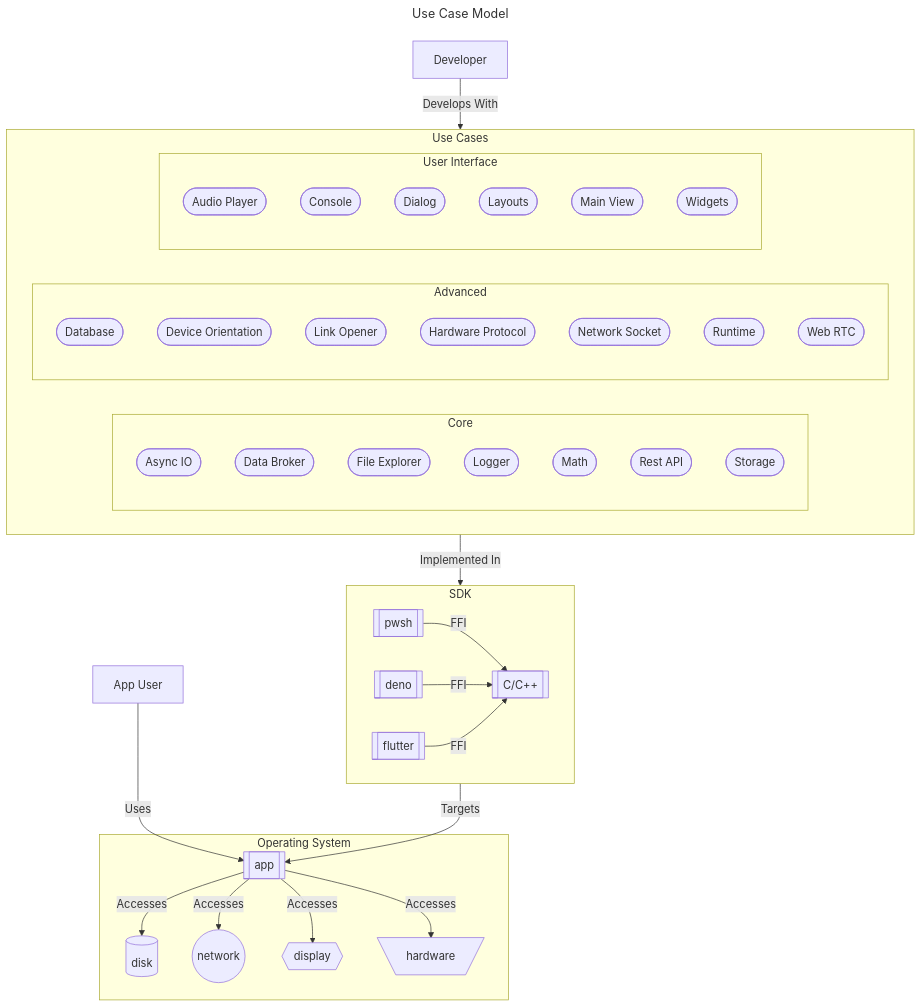
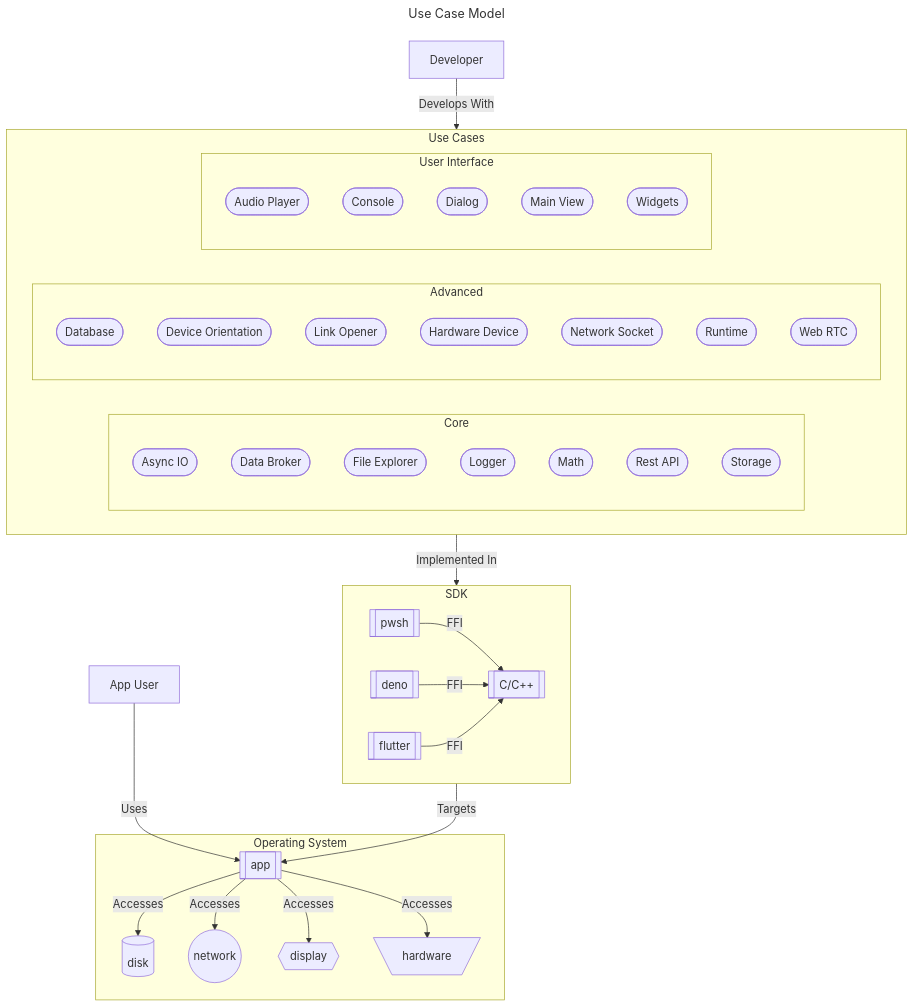
Before and after one commit to CodeMelted/codemelted_developer: the diagram in README.md, drawn with Mermaid. The commit also changed other lines of this file and 13 other files, not shown here.

````diff
--- a/README.md
+++ b/README.md
@@ -29,58 +29,57 @@
 ```mermaid
 ---
 title: Use Case Model
 ---
 flowchart TD
     subgraph ucModel[Use Cases]
         subgraph Core
             ucAsyncIO([Async IO])
             ucDataBroker([Data Broker])
             ucFileExplorer([File Explorer])
             ucLogger([Logger])
             ucMath([Math])
             ucRestAPI([Rest API])
             ucStorage([Storage])
         end
         subgraph Advanced
             ucDatabase([Database])
             ucDeviceOrientation([Device Orientation])
             ucLinkOpener([Link Opener])
-            ucHardwareProtocol([Hardware Protocol])
+            ucHardwareDevice([Hardware Device])
             ucNetworkSocket([Network Socket])
             ucRuntime([Runtime])
             ucWebRTC([Web RTC])
         end
         subgraph User Interface
             ucAudio([Audio Player])
             ucConsole([Console])
             ucDialog([Dialog])
-            ucLayouts([Layouts])
             ucMainView([Main View])
             ucWidgets([Widgets])
         end
     end
     subgraph sdk[SDK]
         pwsh[[pwsh]]
         deno[[deno]]
         flutter[[flutter]]
         C[[C/C++]]
     end
     subgraph os[Operating System]
         app[[app]]
         disk[(disk)]
         network((network))
         display{{display}}
         hardware[\hardware/]
     end
     Developer--Develops With-->ucModel
     pwsh--FFI-->C
     deno--FFI-->C
     flutter--FFI-->C
     ucModel--Implemented In-->sdk
     sdk--Targets-->app
     app--Accesses-->disk
     app--Accesses-->network
     app--Accesses-->display
     app--Accesses-->hardware
     appUser[App User]--Uses-->app
 ```
````
